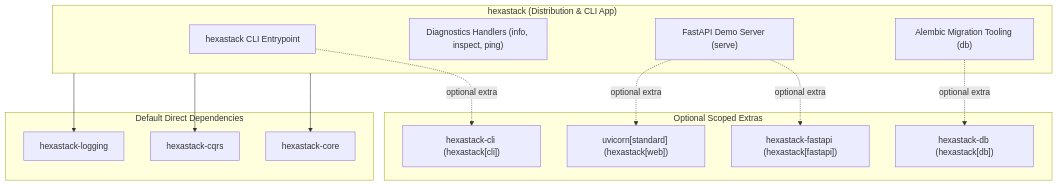
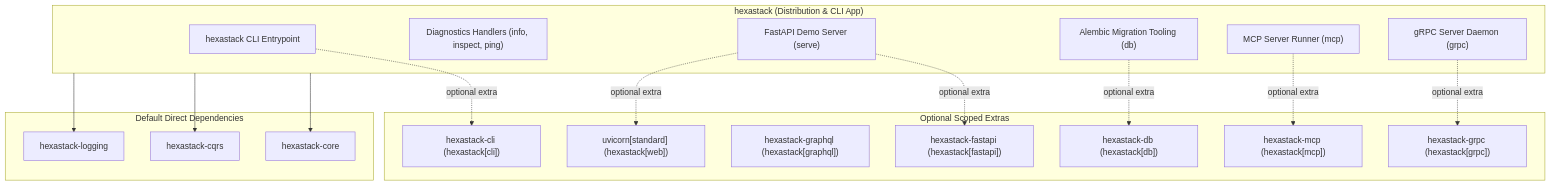
The diagram in packages/hexastack/README.md (TheTrueSCU/hexastack), drawn with Mermaid before and after one commit. The commit also changed other lines of this file and 37 other files, not shown here.

````diff
--- a/packages/hexastack/README.md
+++ b/packages/hexastack/README.md
@@ -20,31 +20,38 @@
 ```mermaid
 graph TD
     subgraph Umbrella ["hexastack (Distribution & CLI App)"]
         CLI_APP["hexastack CLI Entrypoint"]
         DIAG["Diagnostics Handlers (info, inspect, ping)"]
         DEMO_SERVER["FastAPI Demo Server (serve)"]
         DB_CLI["Alembic Migration Tooling (db)"]
+        MCP_CLI["MCP Server Runner (mcp)"]
+        GRPC_CLI["gRPC Server Daemon (grpc)"]
     end
 
     subgraph BaseDependencies ["Default Direct Dependencies"]
         CORE["hexastack-core"]
         CQRS["hexastack-cqrs"]
         LOG["hexastack-logging"]
     end
 
     subgraph ScopedExtras ["Optional Scoped Extras"]
         CLI["hexastack-cli (hexastack[cli])"]
         FASTAPI["hexastack-fastapi (hexastack[fastapi])"]
+        GRAPHQL["hexastack-graphql (hexastack[graphql])"]
+        MCP["hexastack-mcp (hexastack[mcp])"]
+        GRPC["hexastack-grpc (hexastack[grpc])"]
         DB["hexastack-db (hexastack[db])"]
         UVICORN["uvicorn[standard] (hexastack[web])"]
     end
 
     Umbrella --> CORE
     Umbrella --> CQRS
     Umbrella --> LOG
 
     CLI_APP -. optional extra .-> CLI
     DEMO_SERVER -. optional extra .-> FASTAPI
     DEMO_SERVER -. optional extra .-> UVICORN
     DB_CLI -. optional extra .-> DB
+    MCP_CLI -. optional extra .-> MCP
+    GRPC_CLI -. optional extra .-> GRPC
 ```
````
